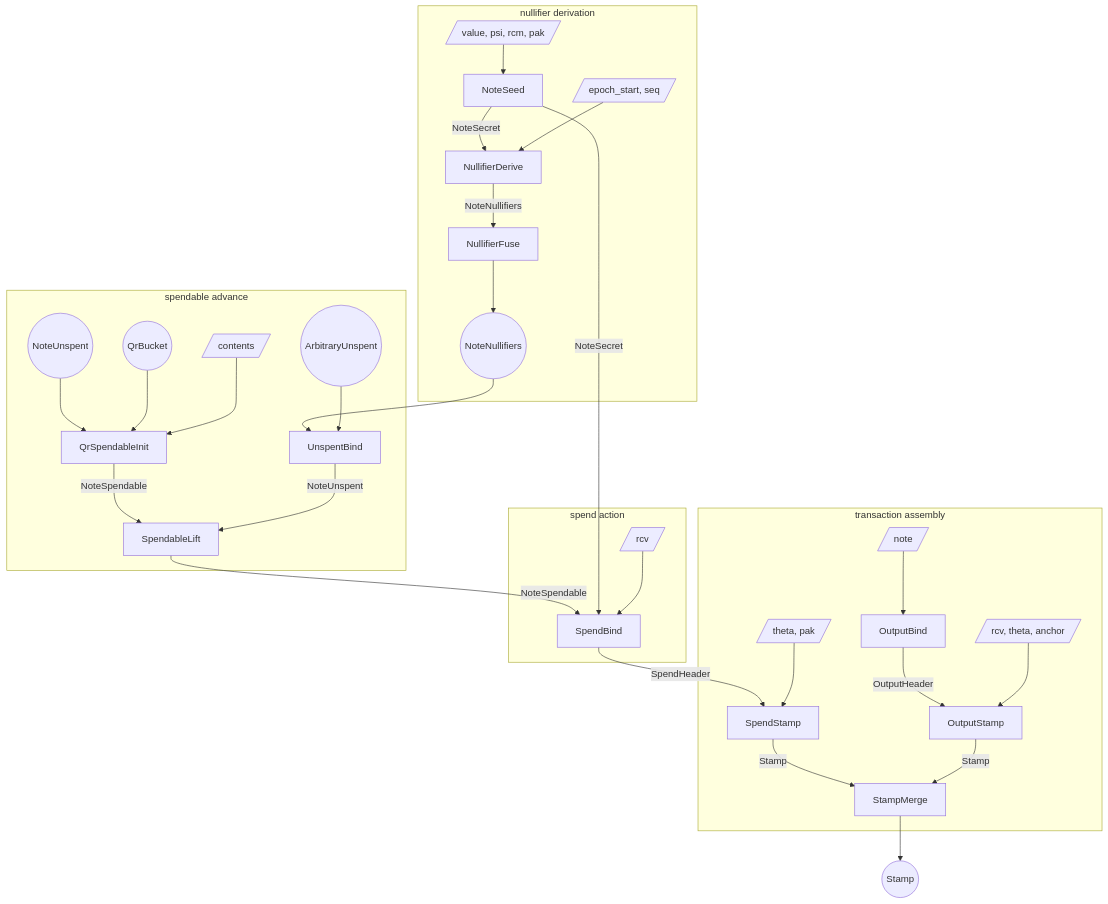
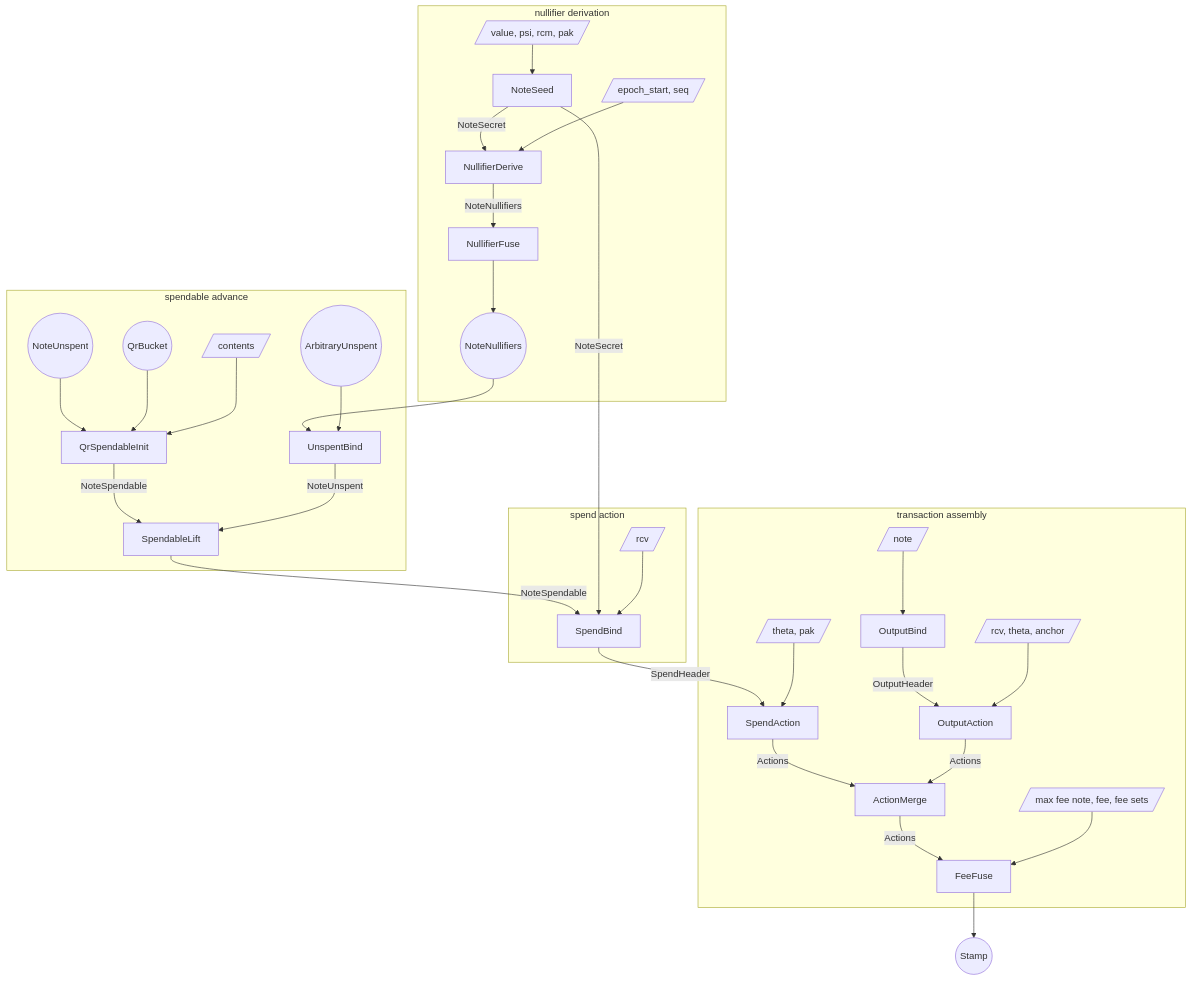
Before and after one commit to LucidSamuel/tachyon: the first of 3 diagrams in book/src/proof-tree.md, drawn with Mermaid. The commit also changed other lines of this file and 31 other files, not shown here.

````diff
--- a/book/src/proof-tree.md
+++ b/book/src/proof-tree.md
@@ -385,65 +400,69 @@
 ```mermaid
 flowchart TB
   subgraph derive [nullifier derivation]
     w_seed[/value, psi, rcm, pak/]
     s_seed[NoteSeed]
     w_window[/epoch_start, seq/]
     s_window[NullifierDerive]
     s_dfuse[NullifierFuse]
     nf_range((NoteNullifiers))
   end
 
   subgraph spendable [spendable advance]
     bucket_in((QrBucket))
     creation_in((NoteUnspent))
     w_init[/contents/]
     s_init[QrSpendableInit]
     unspent_in((ArbitraryUnspent))
     s_unspentbind[UnspentBind]
     s_lift[SpendableLift]
   end
 
   subgraph spend_stamp [spend action]
     w_bind[/rcv/]
     s_bind[SpendBind]
   end
 
   subgraph merge [transaction assembly]
     w_stamp[/theta, pak/]
-    s_spendstamp[SpendStamp]
+    s_spendstamp[SpendAction]
     w_outbind[/note/]
     s_outbind[OutputBind]
     w_output[/rcv, theta, anchor/]
-    s_output[OutputStamp]
-    s_merge[StampMerge]
+    s_output[OutputAction]
+    s_merge[ActionMerge]
+    w_fee[/max fee note, fee, fee sets/]
+    s_fee[FeeFuse]
   end
 
   stamp_out((Stamp))
 
   w_seed --> s_seed
   s_seed -->|NoteSecret| s_window
   w_window --> s_window
   s_window -->|NoteNullifiers| s_dfuse
   s_dfuse --> nf_range
 
   creation_in --> s_init
   bucket_in --> s_init
   w_init --> s_init
   nf_range --> s_unspentbind
   unspent_in --> s_unspentbind
   s_init -->|NoteSpendable| s_lift
   s_unspentbind -->|NoteUnspent| s_lift
   s_lift -->|NoteSpendable| s_bind
 
   s_seed -->|NoteSecret| s_bind
   w_bind --> s_bind
   s_bind -->|SpendHeader| s_spendstamp
   w_stamp --> s_spendstamp
 
   w_outbind --> s_outbind
   s_outbind -->|OutputHeader| s_output
   w_output --> s_output
-  s_spendstamp -->|Stamp| s_merge
-  s_output -->|Stamp| s_merge
-  s_merge --> stamp_out
+  s_spendstamp -->|Actions| s_merge
+  s_output -->|Actions| s_merge
+  s_merge -->|Actions| s_fee
+  w_fee --> s_fee
+  s_fee --> stamp_out
 ```
````
